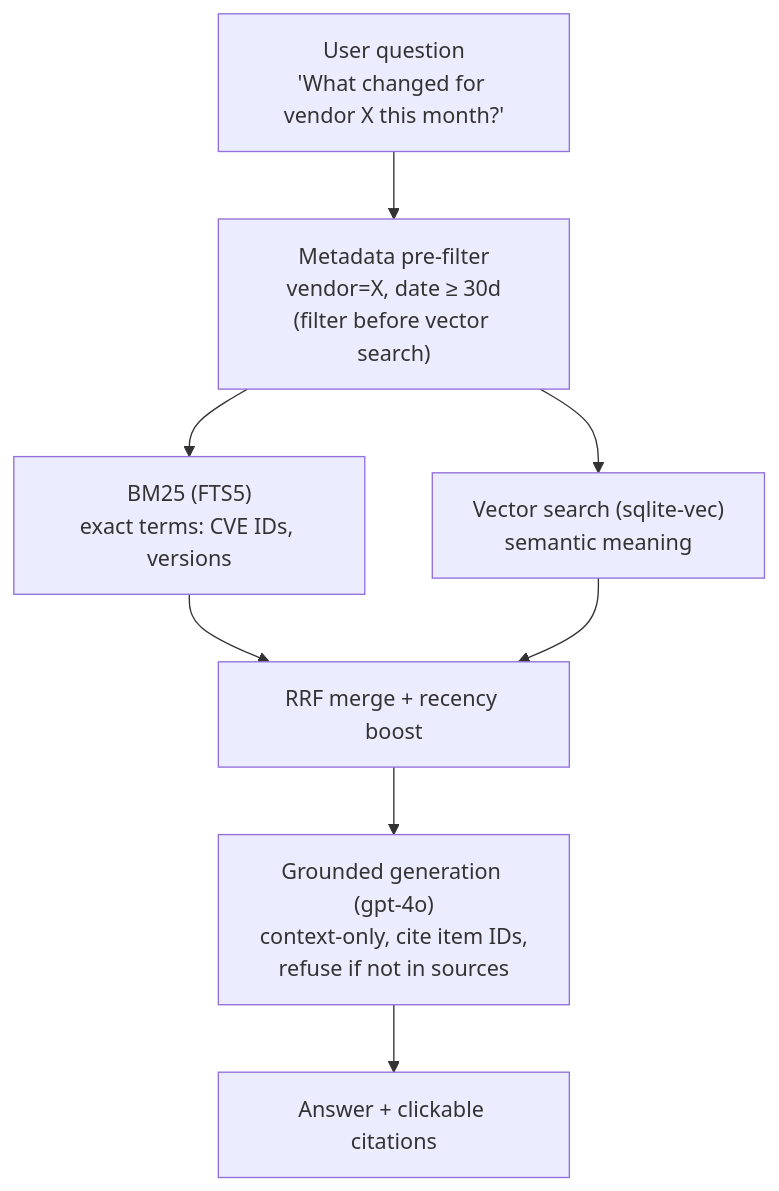
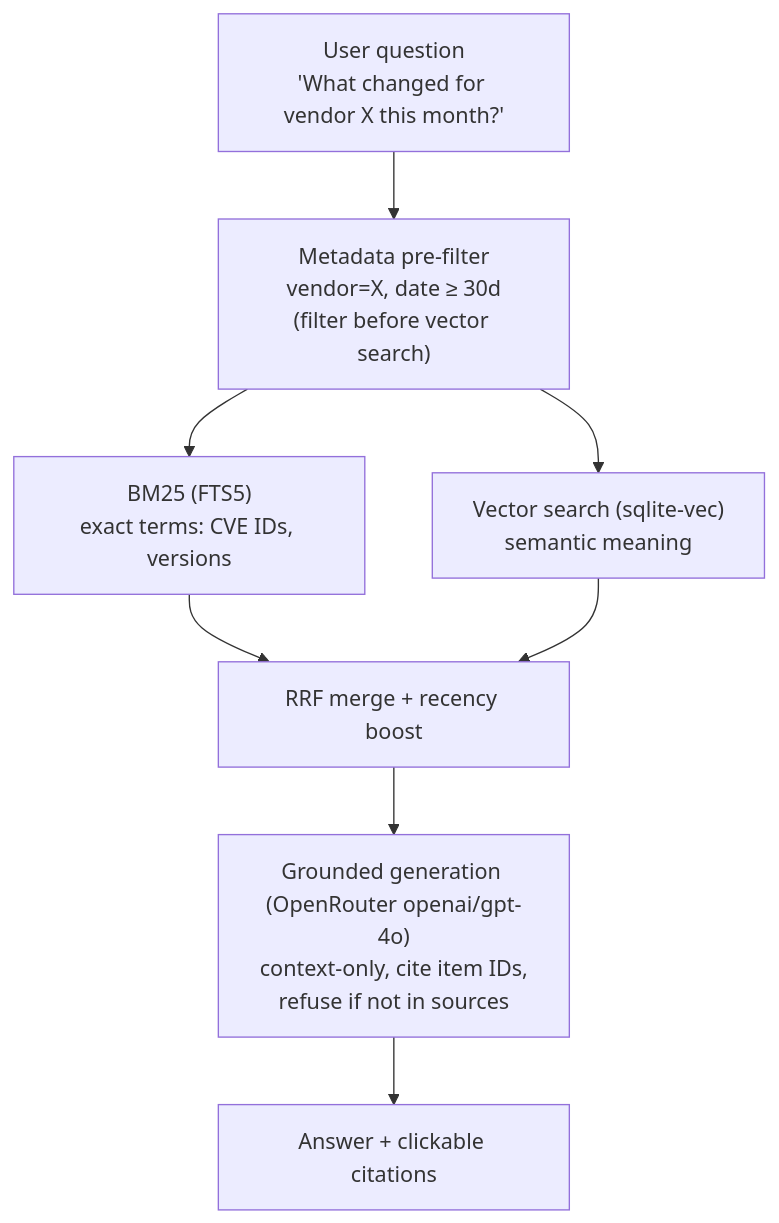
One commit to doruyaar/leapfrog changed the third of 4 diagrams in docs/diagrams/architecture.md. Above: the diagram before and after it, drawn with Mermaid. The commit also changed other lines of this file and 8 other files, not shown here.

````diff
--- a/docs/diagrams/architecture.md
+++ b/docs/diagrams/architecture.md
@@ -81,10 +81,10 @@
 ```mermaid
 flowchart TD
     Q["User question<br/>'What changed for vendor X this month?'"] --> F["Metadata pre-filter<br/>vendor=X, date ≥ 30d<br/>(filter before vector search)"]
     F --> B["BM25 (FTS5)<br/>exact terms: CVE IDs, versions"]
     F --> V["Vector search (sqlite-vec)<br/>semantic meaning"]
     B --> M["RRF merge + recency boost"]
     V --> M
-    M --> G["Grounded generation (gpt-4o)<br/>context-only, cite item IDs,<br/>refuse if not in sources"]
+    M --> G["Grounded generation (OpenRouter openai/gpt-4o)<br/>context-only, cite item IDs,<br/>refuse if not in sources"]
     G --> A["Answer + clickable citations"]
 ```
````
